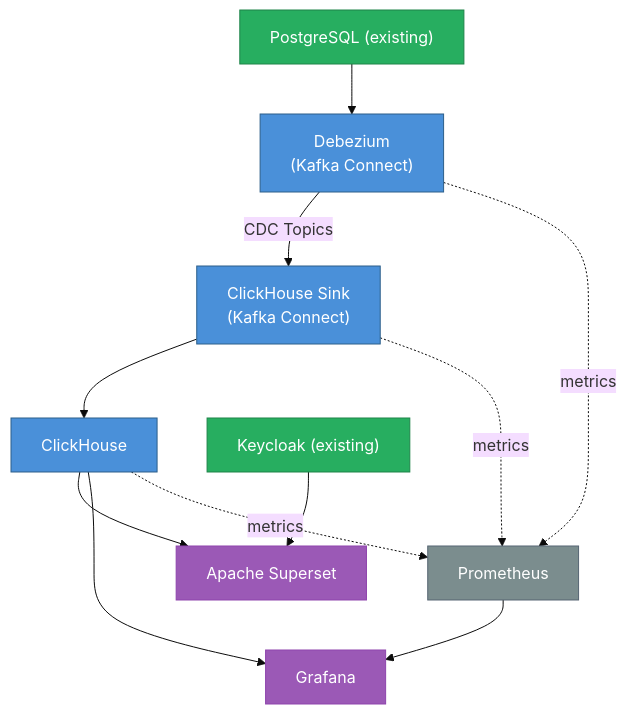
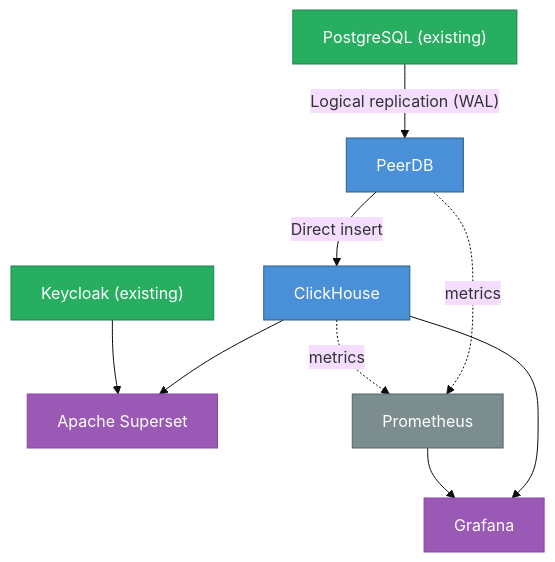
One commit to Jayaprakash8887/cce-data-pipeline changed the second of 2 diagrams in docs/architecture-overview.md. Above: the diagram before and after it, drawn with Mermaid (base theme). The commit also changed other lines of this file and 33 other files, not shown here.

````diff
--- a/docs/architecture-overview.md
+++ b/docs/architecture-overview.md
@@ -169,24 +184,21 @@
 ```mermaid
 flowchart TD
-    PG["PostgreSQL (existing)"] --> DEBEZIUM["Debezium<br/>(Kafka Connect)"]
-    DEBEZIUM -->|"CDC Topics"| SINK["ClickHouse Sink<br/>(Kafka Connect)"]
-    SINK --> CLICKHOUSE["ClickHouse"]
+    PG["PostgreSQL (existing)"] -->|"Logical replication (WAL)"| PEERDB["PeerDB"]
+    PEERDB -->|"Direct insert"| CLICKHOUSE["ClickHouse"]
 
     CLICKHOUSE --> SUPERSET["Apache Superset"]
     CLICKHOUSE --> GRAFANA["Grafana"]
 
     KEYCLOAK["Keycloak (existing)"] --> SUPERSET
     PROMETHEUS["Prometheus"] --> GRAFANA
-    DEBEZIUM -.->|"metrics"| PROMETHEUS
-    SINK -.->|"metrics"| PROMETHEUS
+    PEERDB -.->|"metrics"| PROMETHEUS
     CLICKHOUSE -.->|"metrics"| PROMETHEUS
 
     style PG fill:#27AE60,stroke:#1E8449,color:white
     style KEYCLOAK fill:#27AE60,stroke:#1E8449,color:white
-    style DEBEZIUM fill:#4A90D9,stroke:#2C5F8A,color:white
-    style SINK fill:#4A90D9,stroke:#2C5F8A,color:white
+    style PEERDB fill:#4A90D9,stroke:#2C5F8A,color:white
     style CLICKHOUSE fill:#4A90D9,stroke:#2C5F8A,color:white
     style SUPERSET fill:#9B59B6,stroke:#8E44AD,color:white
     style GRAFANA fill:#9B59B6,stroke:#8E44AD,color:white
     style PROMETHEUS fill:#7B8D8E,stroke:#566573,color:white
 ```
````
